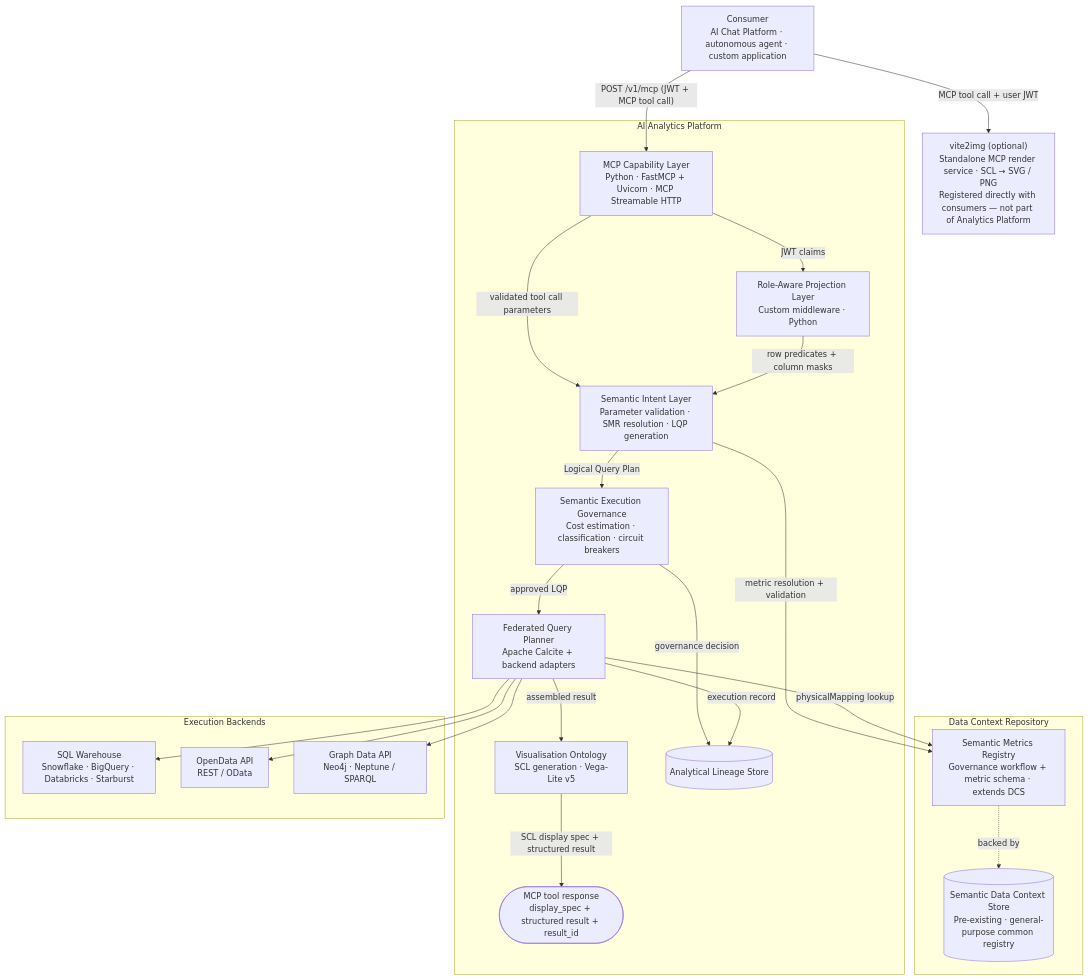
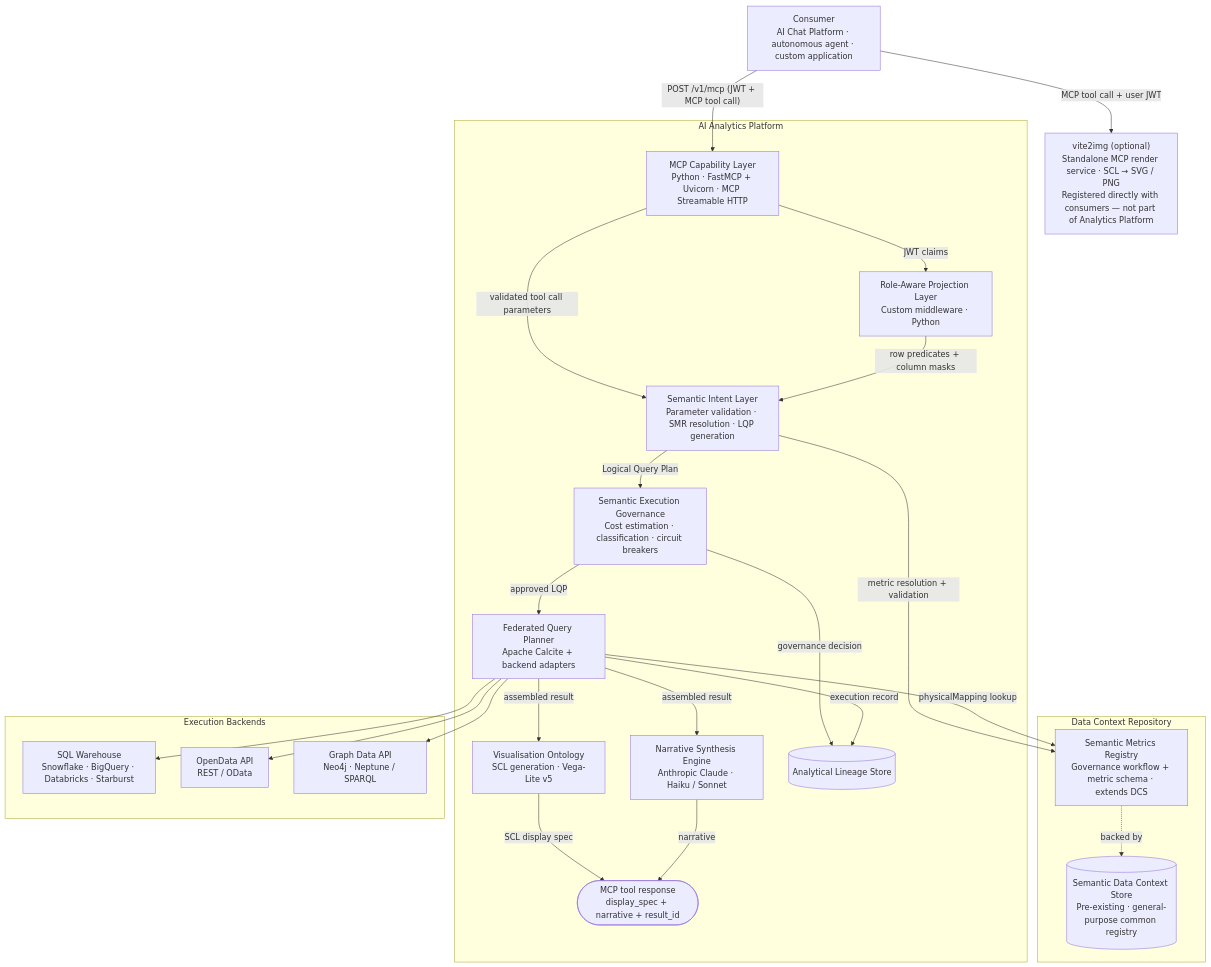
The diagram in docs/product/analytics/05-technical-implementation.md (M-A-Operating-System/shared-work), drawn with Mermaid before and after one commit. The commit also changed other lines of this file and 3 other files, not shown here.

First line of the commit message:
Restore NSE as a secondary, post-computation AI capability inside the Analytics Engine

````diff
--- a/docs/product/analytics/05-technical-implementation.md
+++ b/docs/product/analytics/05-technical-implementation.md
@@ -9,44 +9,47 @@
 ```mermaid
 flowchart TD
     Consumer["Consumer\nAI Chat Platform · autonomous agent · custom application"]
 
     subgraph analytics["AI Analytics Platform"]
         MCP["MCP Capability Layer\nPython · FastMCP + Uvicorn · MCP Streamable HTTP"]
         SIL["Semantic Intent Layer\nParameter validation · SMR resolution · LQP generation"]
         RAPL["Role-Aware Projection Layer\nCustom middleware · Python"]
         SEG["Semantic Execution Governance\nCost estimation · classification · circuit breakers"]
         FQP["Federated Query Planner\nApache Calcite + backend adapters"]
         VO["Visualisation Ontology\nSCL generation · Vega-Lite v5"]
+        NSE["Narrative Synthesis Engine\nAnthropic Claude · Haiku / Sonnet"]
         LS[("Analytical Lineage Store")]
-        Result(["MCP tool response\ndisplay_spec + structured result + result_id"])
+        Result(["MCP tool response\ndisplay_spec + narrative + result_id"])
     end
 
     vite2img["vite2img (optional)\nStandalone MCP render service · SCL → SVG / PNG\nRegistered directly with consumers — not part of Analytics Platform"]
 
     subgraph dcr["Data Context Repository"]
         SMR["Semantic Metrics Registry\nGovernance workflow + metric schema · extends DCS"]
         DCS[("Semantic Data Context Store\nPre-existing · general-purpose common registry")]
         SMR -. backed by .-> DCS
     end
 
     subgraph backends["Execution Backends"]
         SQL["SQL Warehouse\nSnowflake · BigQuery · Databricks · Starburst"]
         ODA["OpenData API\nREST / OData"]
         GDA["Graph Data API\nNeo4j · Neptune / SPARQL"]
     end
 
     Consumer -->|"POST /v1/mcp (JWT + MCP tool call)"| MCP
     Consumer -->|"MCP tool call + user JWT"| vite2img
     MCP -->|"validated tool call parameters"| SIL
     MCP -->|"JWT claims"| RAPL
     RAPL -->|"row predicates + column masks"| SIL
     SIL -->|"metric resolution + validation"| SMR
     SIL -->|"Logical Query Plan"| SEG
     SEG -->|"approved LQP"| FQP
     SEG -->|"governance decision"| LS
     FQP -->|"physicalMapping lookup"| SMR
     FQP --> SQL & ODA & GDA
     FQP -->|"execution record"| LS
     FQP -->|"assembled result"| VO
-    VO -->|"SCL display spec + structured result"| Result
+    FQP -->|"assembled result"| NSE
+    VO -->|"SCL display spec"| Result
+    NSE -->|"narrative"| Result
 ```
````
